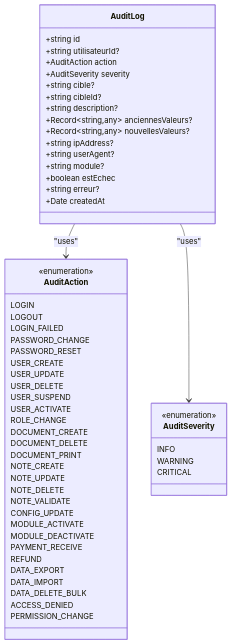
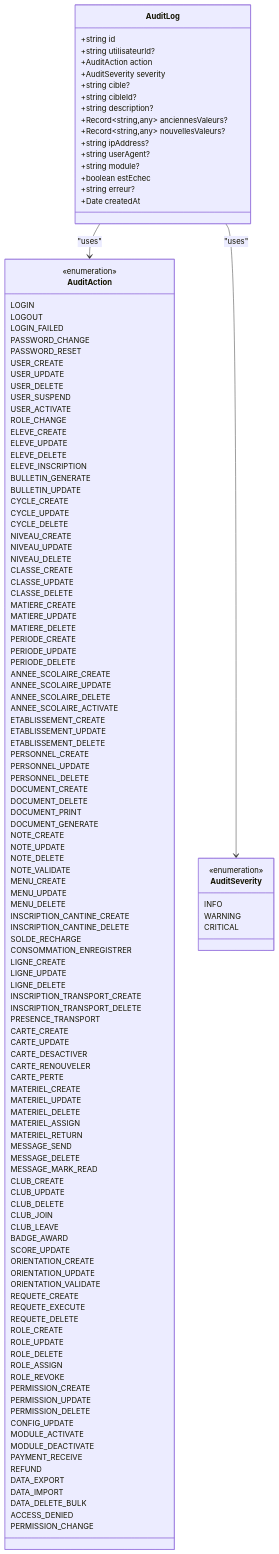
One commit to franckylab/eLISAschool changed the third of 11 diagrams in .qoder/repowiki/en/content/Authentication & Authorization/Audit Logging & Monitoring.md. Above: the diagram before and after it, drawn with Mermaid. The commit also changed other lines of this file and 67 other files, not shown here.

```diff
--- a/.qoder/repowiki/en/content/Authentication & Authorization/Audit Logging & Monitoring.md
+++ b/.qoder/repowiki/en/content/Authentication & Authorization/Audit Logging & Monitoring.md
@@ -211,13 +277,92 @@
 USER_SUSPEND
 USER_ACTIVATE
 ROLE_CHANGE
+ELEVE_CREATE
+ELEVE_UPDATE
+ELEVE_DELETE
+ELEVE_INSCRIPTION
+BULLETIN_GENERATE
+BULLETIN_UPDATE
+CYCLE_CREATE
+CYCLE_UPDATE
+CYCLE_DELETE
+NIVEAU_CREATE
+NIVEAU_UPDATE
+NIVEAU_DELETE
+CLASSE_CREATE
+CLASSE_UPDATE
+CLASSE_DELETE
+MATIERE_CREATE
+MATIERE_UPDATE
+MATIERE_DELETE
+PERIODE_CREATE
+PERIODE_UPDATE
+PERIODE_DELETE
+ANNEE_SCOLAIRE_CREATE
+ANNEE_SCOLAIRE_UPDATE
+ANNEE_SCOLAIRE_DELETE
+ANNEE_SCOLAIRE_ACTIVATE
+ETABLISSEMENT_CREATE
+ETABLISSEMENT_UPDATE
+ETABLISSEMENT_DELETE
+PERSONNEL_CREATE
+PERSONNEL_UPDATE
+PERSONNEL_DELETE
 DOCUMENT_CREATE
 DOCUMENT_DELETE
 DOCUMENT_PRINT
+DOCUMENT_GENERATE
 NOTE_CREATE
 NOTE_UPDATE
 NOTE_DELETE
 NOTE_VALIDATE
+MENU_CREATE
+MENU_UPDATE
+MENU_DELETE
+INSCRIPTION_CANTINE_CREATE
+INSCRIPTION_CANTINE_DELETE
+SOLDE_RECHARGE
+CONSOMMATION_ENREGISTRER
+LIGNE_CREATE
+LIGNE_UPDATE
+LIGNE_DELETE
+INSCRIPTION_TRANSPORT_CREATE
+INSCRIPTION_TRANSPORT_DELETE
+PRESENCE_TRANSPORT
+CARTE_CREATE
+CARTE_UPDATE
+CARTE_DESACTIVER
+CARTE_RENOUVELER
+CARTE_PERTE
+MATERIEL_CREATE
+MATERIEL_UPDATE
+MATERIEL_DELETE
+MATERIEL_ASSIGN
+MATERIEL_RETURN
+MESSAGE_SEND
+MESSAGE_DELETE
+MESSAGE_MARK_READ
+CLUB_CREATE
+CLUB_UPDATE
+CLUB_DELETE
+CLUB_JOIN
+CLUB_LEAVE
+BADGE_AWARD
+SCORE_UPDATE
+ORIENTATION_CREATE
+ORIENTATION_UPDATE
+ORIENTATION_VALIDATE
+REQUETE_CREATE
+REQUETE_EXECUTE
+REQUETE_DELETE
+ROLE_CREATE
+ROLE_UPDATE
+ROLE_DELETE
+ROLE_ASSIGN
+ROLE_REVOKE
+PERMISSION_CREATE
+PERMISSION_UPDATE
+PERMISSION_DELETE
 CONFIG_UPDATE
 MODULE_ACTIVATE
 MODULE_DEACTIVATE
```
